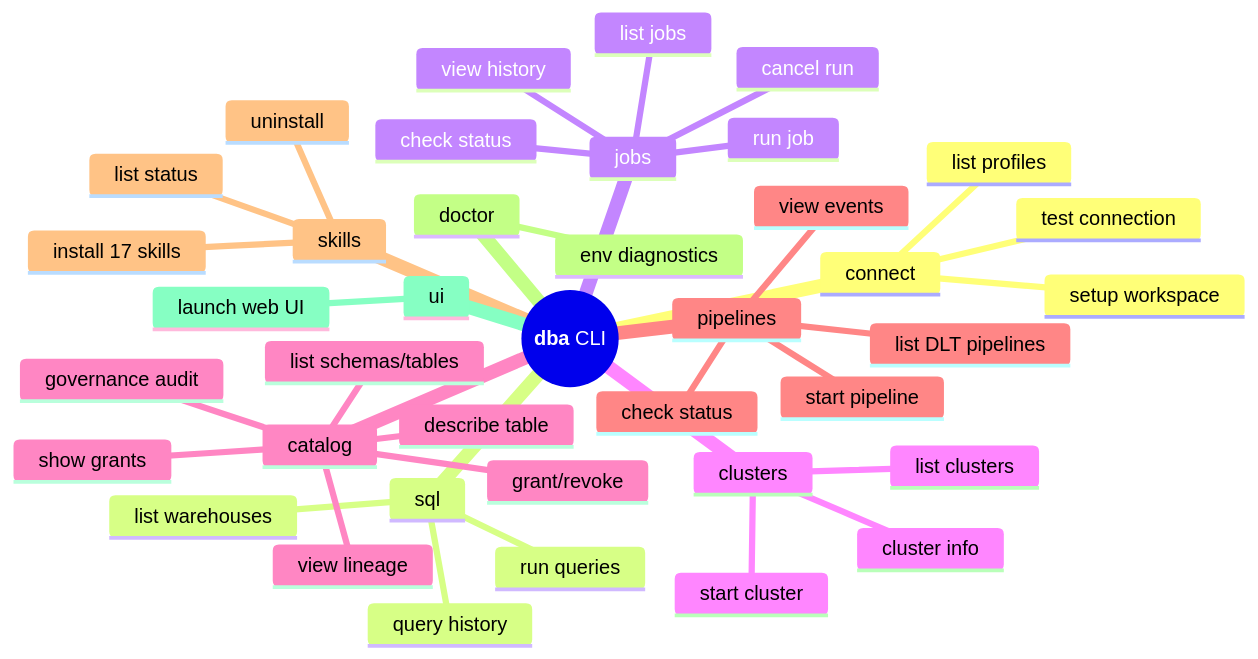
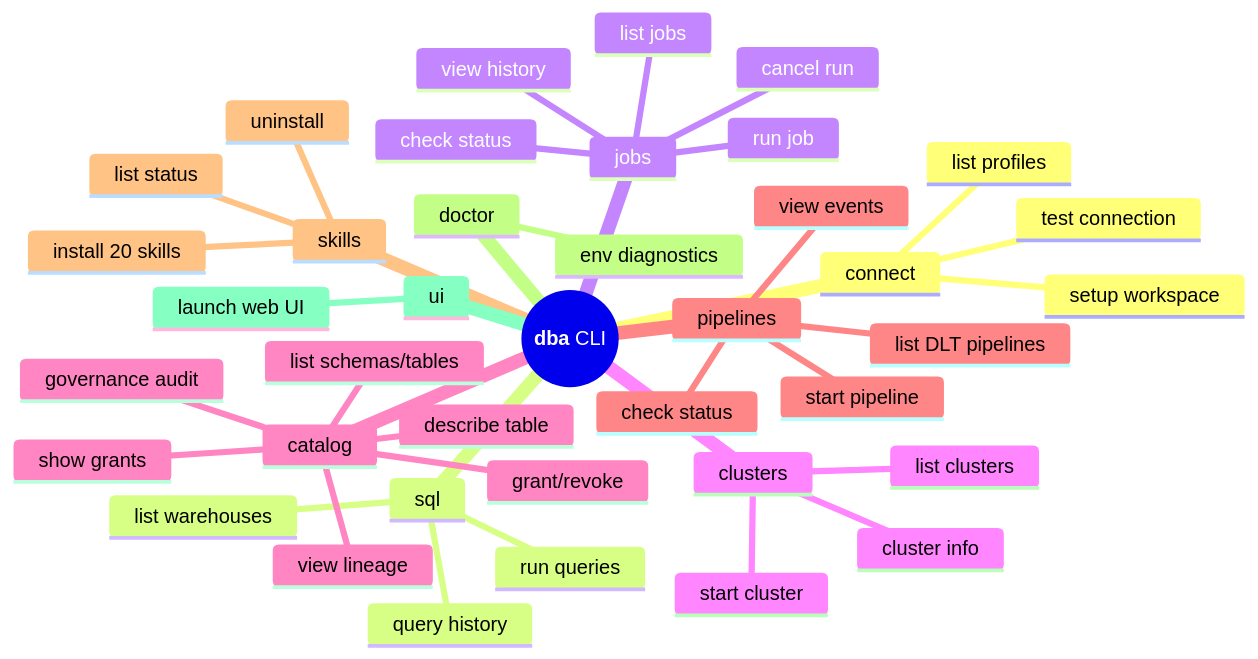
The fifth of 6 diagrams in README.md (santoshkanthety/databricks-agent), drawn with Mermaid before and after one commit. The commit also changed other lines of this file and 7 other files, not shown here.

````diff
--- a/README.md
+++ b/README.md
@@ -349,42 +368,42 @@
 ```mermaid
 mindmap
   root((**dba** CLI))
     connect
       setup workspace
       list profiles
       test connection
     sql
       run queries
       list warehouses
       query history
     jobs
       list jobs
       run job
       check status
       cancel run
       view history
     clusters
       list clusters
       start cluster
       cluster info
     catalog
       list schemas/tables
       describe table
       view lineage
       show grants
       grant/revoke
       governance audit
     pipelines
       list DLT pipelines
       start pipeline
       check status
       view events
     skills
-      install 17 skills
+      install 20 skills
       uninstall
       list status
     doctor
       env diagnostics
     ui
       launch web UI
 ```
````
